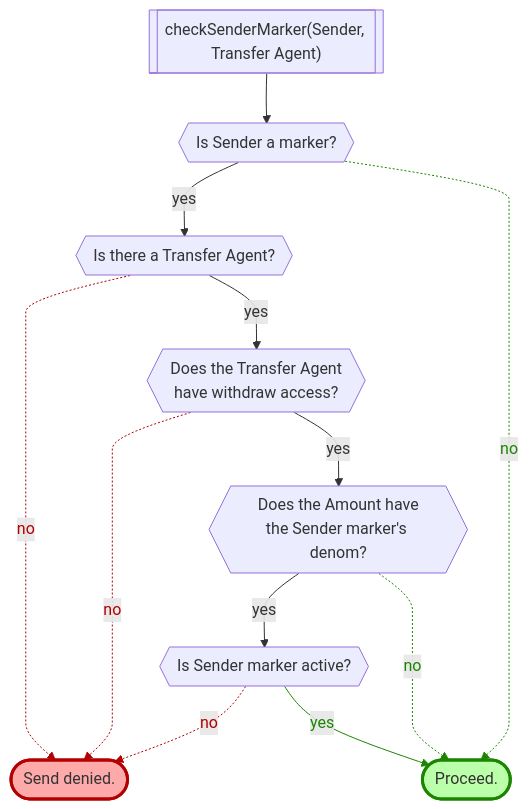
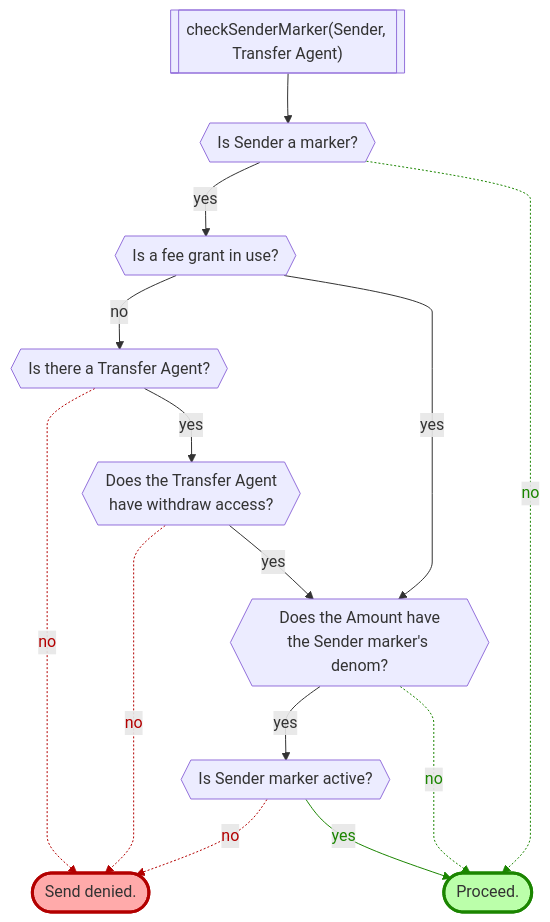
One commit to provenance-io/provenance changed the second of 8 diagrams in x/marker/spec/12_transfers.md. Above: the diagram before and after it, drawn with Mermaid.

Commit message:
Update the flowchart that covers this bug.

````diff
--- a/x/marker/spec/12_transfers.md
+++ b/x/marker/spec/12_transfers.md
@@ -157,27 +157,30 @@
 ```mermaid
 %%{ init: { 'flowchart': { 'curve': 'monotoneY'} } }%%
 flowchart TD
     start[["checkSenderMarker(Sender, Transfer Agent)"]]
     issm{{"Is Sender a marker?"}}
+    isfg{{"Is a fee grant in use?"}}
     haveta{{"Is there a Transfer Agent?"}}
     istaw{{"Does the Transfer Agent\nhave withdraw access?"}}
     isasm{{"Does the Amount have\nthe Sender marker's denom?"}}
     issma{{"Is Sender marker active?"}}
     ok(["Proceed."])
     style ok fill:#bbffaa,stroke:#1b8500,stroke-width:3px
     denied(["Send denied."])
     style denied fill:#ffaaaa,stroke:#b30000,stroke-width:3px
     start --> issm
-    issm -->|yes| haveta
+    issm -->|yes| isfg
+    isfg -->|no| haveta
     haveta -->|yes| istaw
     haveta -.->|no| denied
     istaw -.->|no| denied
     istaw -->|yes| isasm
+    isfg -->|yes| isasm
     isasm -->|yes| issma
     issma -->|yes| ok
     isasm -.->|no| ok
     issma -.->|no| denied
     issm -.->|no| ok
-    linkStyle 3,4,9 stroke:#b30000,color:#b30000
-    linkStyle 7,8,10 stroke:#1b8500,color:#1b8500
+    linkStyle 4,5,11 stroke:#b30000,color:#b30000
+    linkStyle 9,10,12 stroke:#1b8500,color:#1b8500
 ```
````
